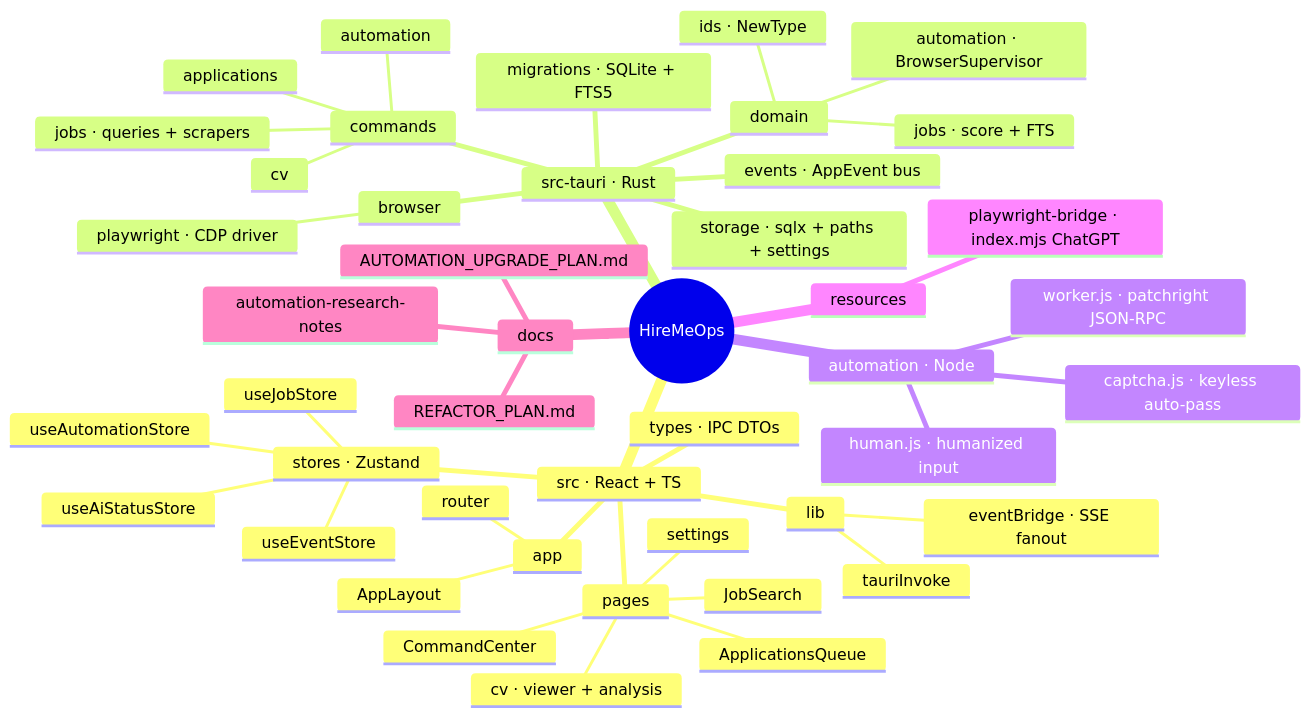
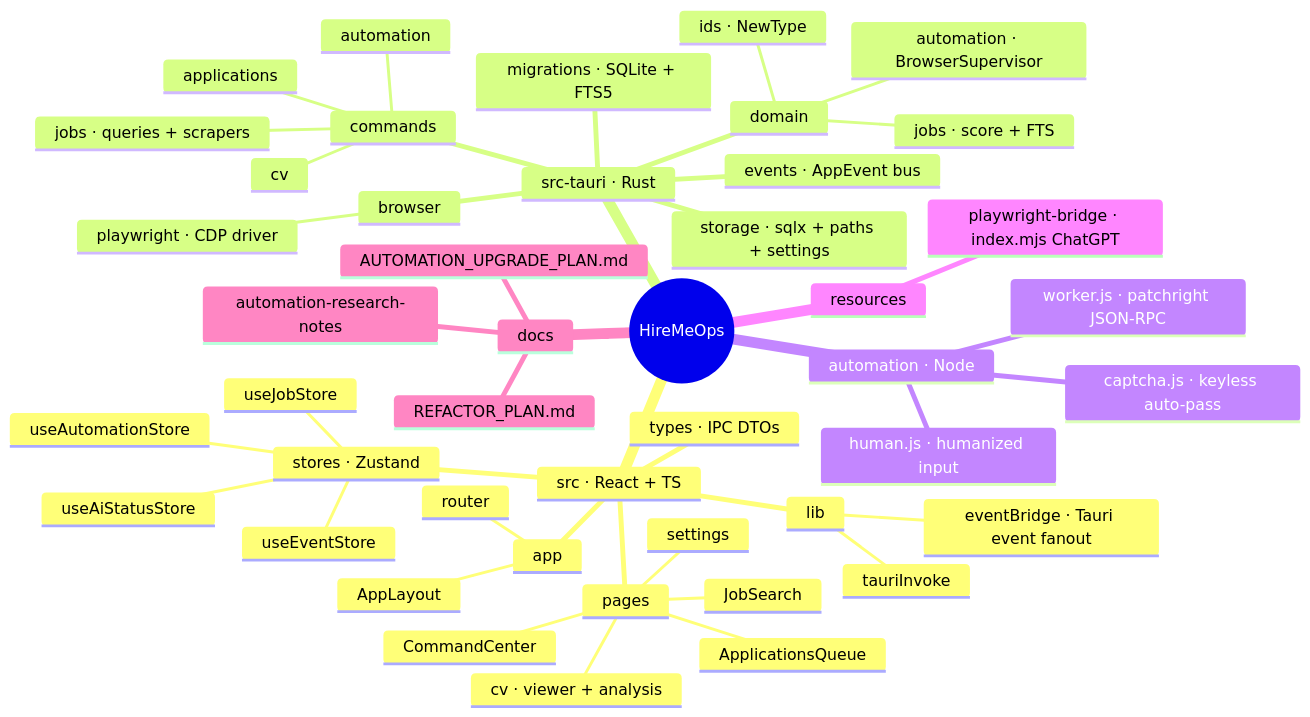
One commit to SobralCybersec/HireMeOps changed the seventh of 7 diagrams in README.md. Above: the diagram before and after it, drawn with Mermaid. The commit also changed other lines of this file and 30 other files, not shown here.

````diff
--- a/README.md
+++ b/README.md
@@ -495,48 +495,48 @@
 ```mermaid
 mindmap
   root((HireMeOps))
     src · React + TS
       app
         router
         AppLayout
       pages
         CommandCenter
         JobSearch
         ApplicationsQueue
         cv · viewer + analysis
         settings
       stores · Zustand
         useJobStore
         useAutomationStore
         useAiStatusStore
         useEventStore
       lib
         tauriInvoke
-        eventBridge · SSE fanout
+        eventBridge · Tauri event fanout
       types · IPC DTOs
     src-tauri · Rust
       commands
         jobs · queries + scrapers
         applications
         automation
         cv
       domain
         jobs · score + FTS
         automation · BrowserSupervisor
         ids · NewType
       events · AppEvent bus
       browser
         playwright · CDP driver
       storage · sqlx + paths + settings
       migrations · SQLite + FTS5
     automation · Node
       worker.js · patchright JSON-RPC
       human.js · humanized input
       captcha.js · keyless auto-pass
     resources
       playwright-bridge · index.mjs ChatGPT
     docs
       automation-research-notes
       AUTOMATION_UPGRADE_PLAN.md
       REFACTOR_PLAN.md
 ```
````
